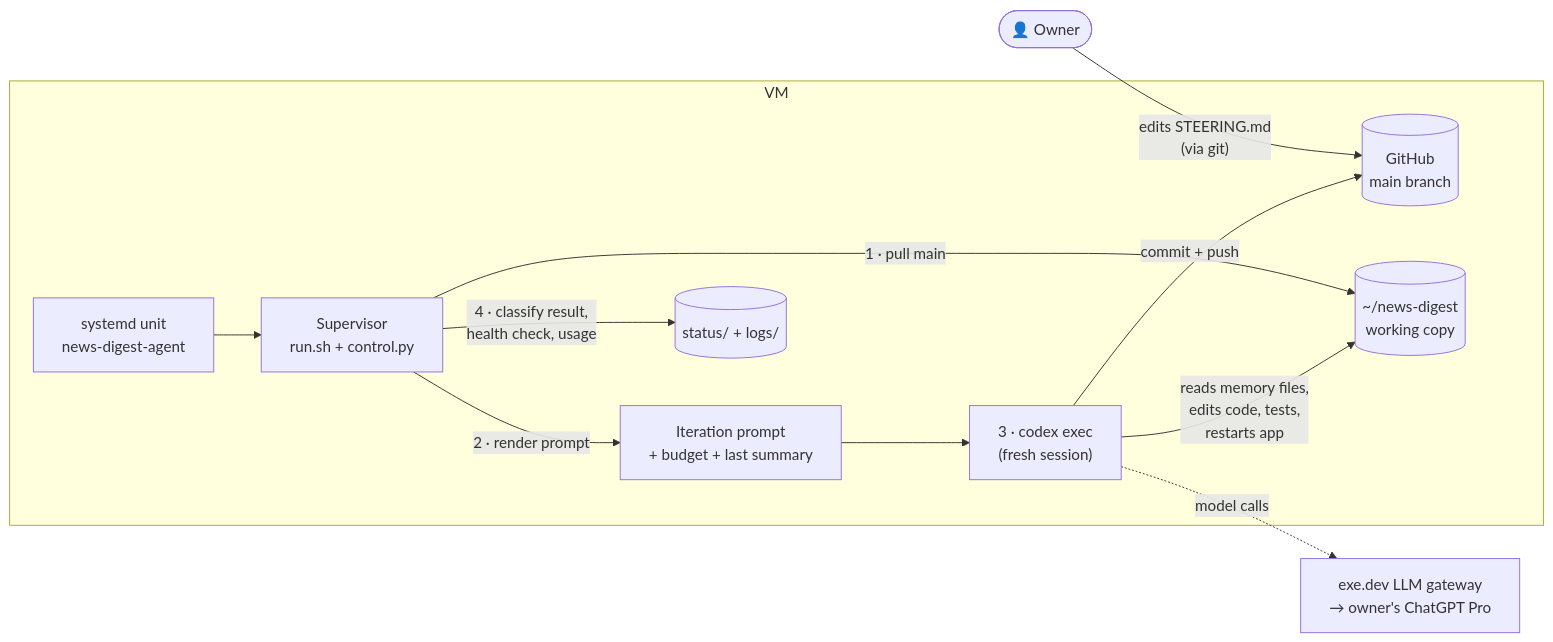
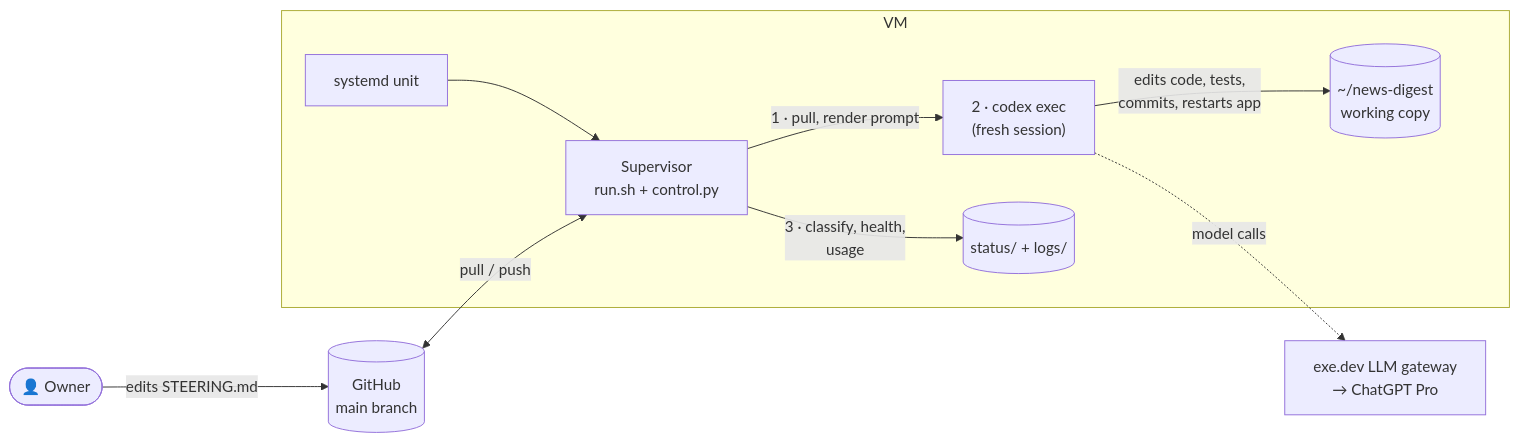
The diagram in docs/handbook/02-agent/README.md (EmmadUsmani/news-digest), drawn with Mermaid before and after one commit. The commit also changed 10 other files, not shown here.

First line of the commit message:
Handbook: audit and fix every diagram for overlaps and clarity

````diff
--- a/docs/handbook/02-agent/README.md
+++ b/docs/handbook/02-agent/README.md
@@ -9,14 +9,12 @@
 ```mermaid
 flowchart LR
-  owner(["👤 Owner"]) -- "edits STEERING.md<br/>(via git)" --> gh[("GitHub<br/>main branch")]
+  owner(["👤 Owner"]) -- "edits STEERING.md" --> gh[("GitHub<br/>main branch")]
   subgraph vm["VM"]
-    unit["systemd unit<br/>news-digest-agent"] --> sup["Supervisor<br/>run.sh + control.py"]
-    sup -- "1 · pull main" --> repo[("~/news-digest<br/>working copy")]
-    sup -- "2 · render prompt" --> prompt["Iteration prompt<br/>+ budget + last summary"]
-    prompt --> codex["3 · codex exec<br/>(fresh session)"]
-    codex -- "reads memory files,<br/>edits code, tests,<br/>restarts app" --> repo
-    codex -- "commit + push" --> gh
-    sup -- "4 · classify result,<br/>health check, usage" --> st[("status/ + logs/")]
+    unit["systemd unit"] --> sup["Supervisor<br/>run.sh + control.py"]
+    sup -- "1 · pull, render prompt" --> codex["2 · codex exec<br/>(fresh session)"]
+    codex -- "edits code, tests,<br/>commits, restarts app" --> repo[("~/news-digest<br/>working copy")]
+    sup -- "3 · classify, health,<br/>usage" --> st[("status/ + logs/")]
   end
-  codex -. "model calls" .-> gw["exe.dev LLM gateway<br/>→ owner's ChatGPT Pro"]
+  gh <-- "pull / push" --> sup
+  codex -. "model calls" .-> gw["exe.dev LLM gateway<br/>→ ChatGPT Pro"]
 ```
````
